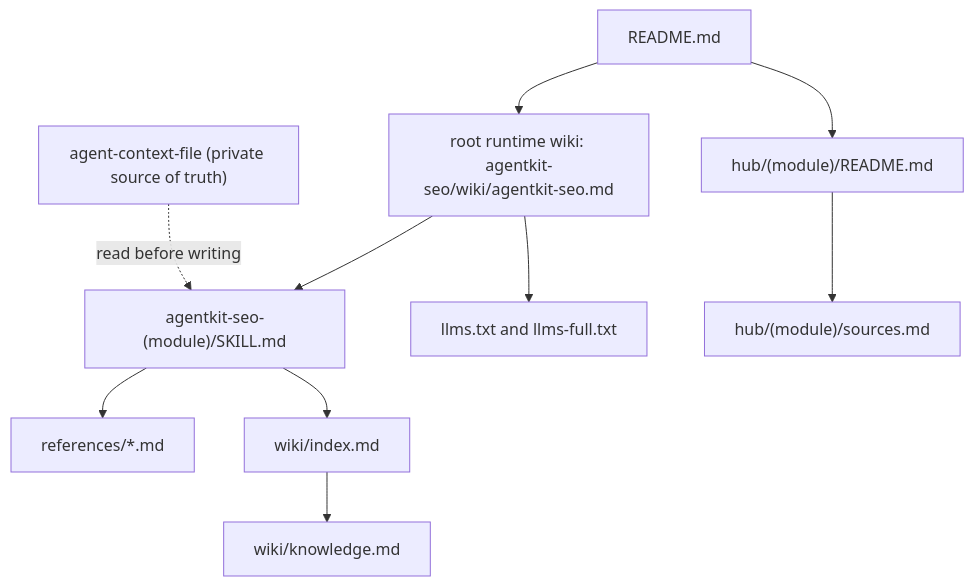
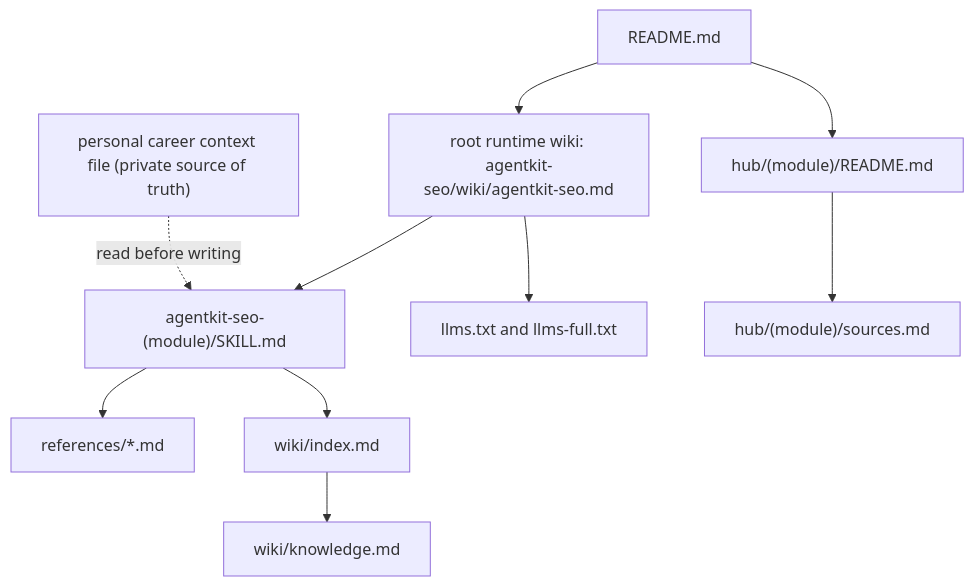
The diagram in DESIGN.md (vitaecontext/vitaecontext), drawn with Mermaid before and after one commit. The commit also changed other lines of this file and 58 other files, not shown here.

````diff
--- a/DESIGN.md
+++ b/DESIGN.md
@@ -64,23 +64,23 @@
 ```mermaid
 flowchart TD
-  CTX["agent-context-file (private source of truth)"]
+  CTX["personal career context file (private source of truth)"]
   README["README.md"]
   ROOT["root runtime wiki: agentkit-seo/wiki/agentkit-seo.md"]
   SKILL["agentkit-seo-(module)/SKILL.md"]
   REF["references/*.md"]
   WIDX["wiki/index.md"]
   WKNOW["wiki/knowledge.md"]
   HUB["hub/(module)/README.md"]
   SRC["hub/(module)/sources.md"]
   LLMS["llms.txt and llms-full.txt"]
 
   README --> ROOT
   README --> HUB
   HUB --> SRC
   ROOT --> SKILL
   ROOT --> LLMS
   SKILL --> REF
   SKILL --> WIDX
   WIDX --> WKNOW
   CTX -. read before writing .-> SKILL
 ```
````
